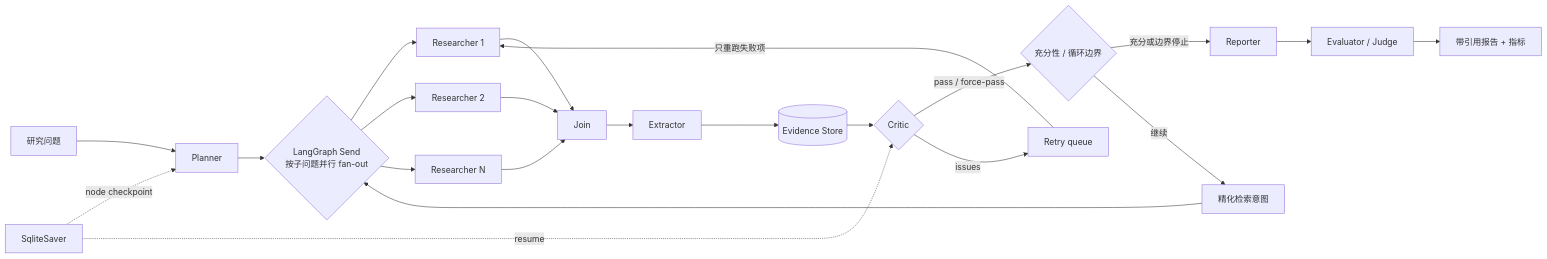
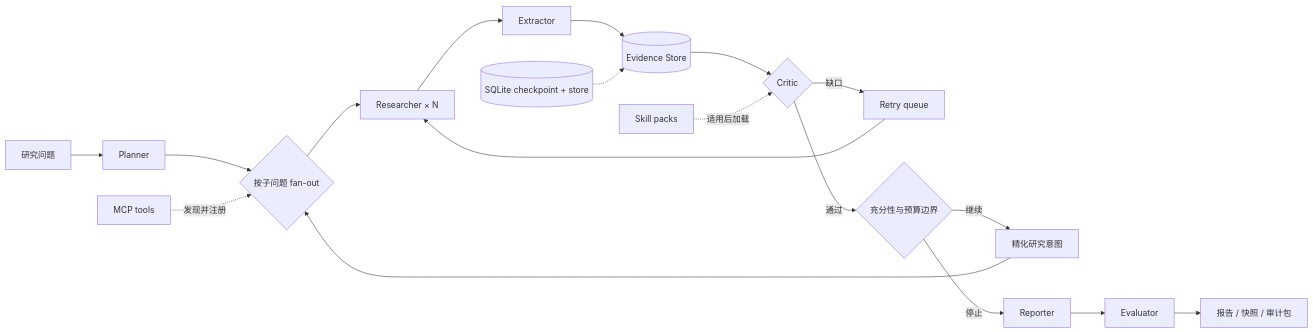
The diagram in README.md (linqiaoyu/DeepResearchAgent), drawn with Mermaid before and after one commit. The commit also changed other lines of this file, not shown here.

````diff
--- a/README.md
+++ b/README.md
@@ -32,24 +71,20 @@
 ```mermaid
 flowchart LR
     Q["研究问题"] --> P["Planner"]
-    P --> F{"LangGraph Send<br/>按子问题并行 fan-out"}
-    F --> R1["Researcher 1"]
-    F --> R2["Researcher 2"]
-    F --> RN["Researcher N"]
-    R1 --> J["Join"]
-    R2 --> J
-    RN --> J
-    J --> X["Extractor"]
+    P --> F{"按子问题 fan-out"}
+    F --> R["Researcher × N"]
+    R --> X["Extractor"]
     X --> E[("Evidence Store")]
     E --> C{"Critic"}
-    C -->|pass / force-pass| D{"充分性 / 循环边界"}
-    C -->|issues| T["Retry queue"]
-    T -->|只重跑失败项| R1
-    D -->|充分或边界停止| W["Reporter"]
-    D -->|继续| RP["精化检索意图"]
-    RP --> F
-    W --> V["Evaluator / Judge"]
-    V --> O["带引用报告 + 指标"]
-    S["SqliteSaver"] -. node checkpoint .-> P
-    S -. resume .-> C
+    C -->|"缺口"| T["Retry queue"]
+    T --> R
+    C -->|"通过"| B{"充分性与预算边界"}
+    B -->|"继续"| P2["精化研究意图"]
+    P2 --> F
+    B -->|"停止"| W["Reporter"]
+    W --> V["Evaluator"]
+    V --> O["报告 / 快照 / 审计包"]
+    M["MCP tools"] -. "发现并注册" .-> F
+    S["Skill packs"] -. "适用后加载" .-> C
+    K[("SQLite checkpoint + store")] -.-> E
 ```
````
